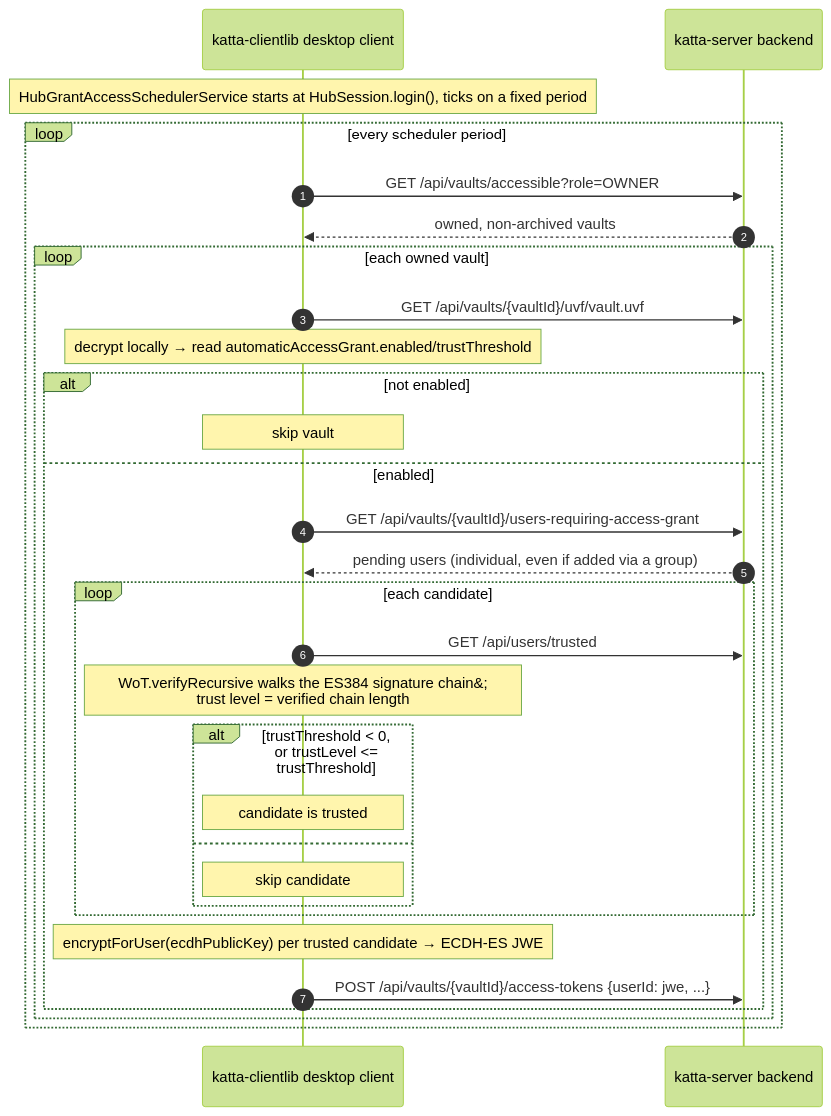
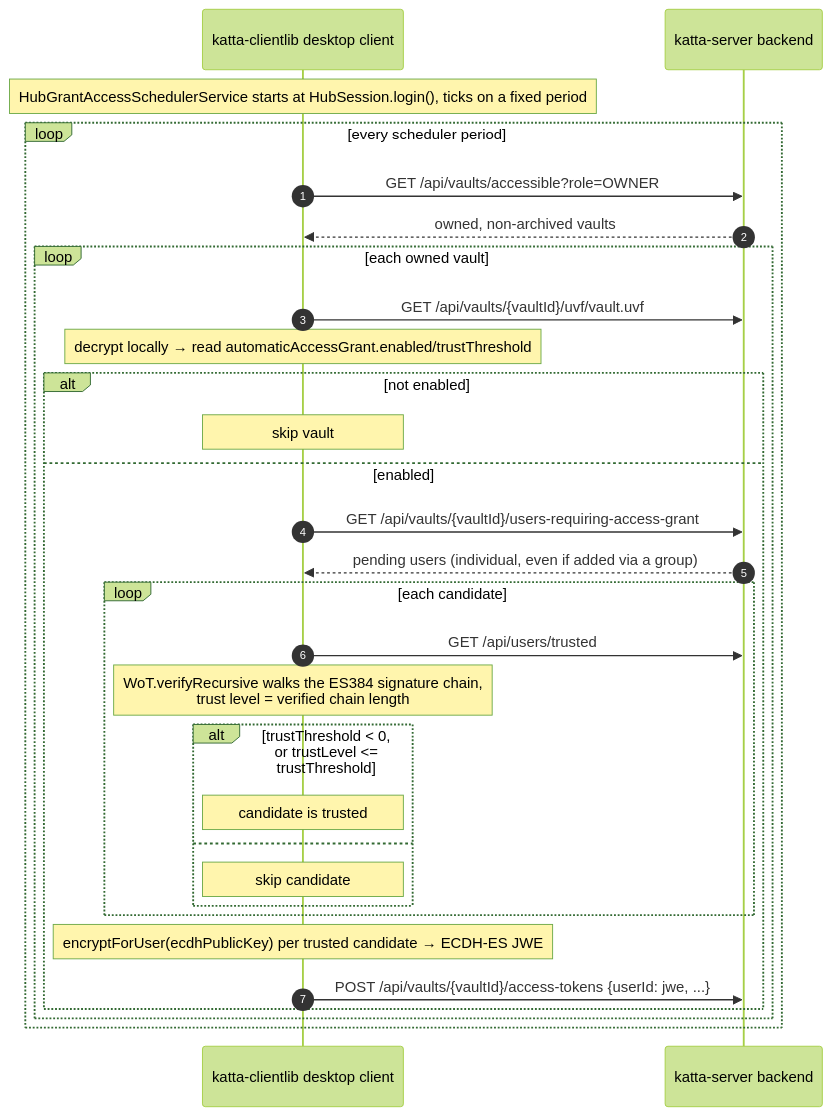
The fifth of 5 diagrams in docs/access_grant_data_model_interactions.md (shift7-ch/katta-clientlib), drawn with Mermaid (forest theme) before and after one commit. The commit also changed other lines of this file and 2 other files, not shown here.

First line of the commit message:
Replace &#59; semicolon escapes with commas in mermaid diagrams

````diff
--- a/docs/access_grant_data_model_interactions.md
+++ b/docs/access_grant_data_model_interactions.md
@@ -205,32 +205,32 @@
 ```mermaid
 sequenceDiagram
     autonumber
     participant Desktop as katta-clientlib desktop client
     participant HubBackend as katta-server backend
     Note over Desktop: HubGrantAccessSchedulerService starts at HubSession.login(), ticks on a fixed period
 loop every scheduler period
 Desktop->>HubBackend: GET /api/vaults/accessible?role=OWNER
 HubBackend-->>Desktop: owned, non-archived vaults
 loop each owned vault
 Desktop->>HubBackend: GET /api/vaults/{vaultId}/uvf/vault.uvf
 Note over Desktop: decrypt locally → read automaticAccessGrant.enabled/trustThreshold
 alt not enabled
 Note over Desktop: skip vault
 else enabled
 Desktop->>HubBackend: GET /api/vaults/{vaultId}/users-requiring-access-grant
 HubBackend-->>Desktop: pending users (individual, even if added via a group)
 loop each candidate
 Desktop->>HubBackend: GET /api/users/trusted
-Note over Desktop: WoT.verifyRecursive walks the ES384 signature chain&#59;<br/>trust level = verified chain length
+Note over Desktop: WoT.verifyRecursive walks the ES384 signature chain,<br/>trust level = verified chain length
 alt trustThreshold < 0, or trustLevel <= trustThreshold
 Note over Desktop: candidate is trusted
 else
 Note over Desktop: skip candidate
 end
 end
 Note over Desktop: encryptForUser(ecdhPublicKey) per trusted candidate → ECDH-ES JWE
 Desktop->>HubBackend: POST /api/vaults/{vaultId}/access-tokens {userId: jwe, ...}
 end
 end
 end
 ```
````
